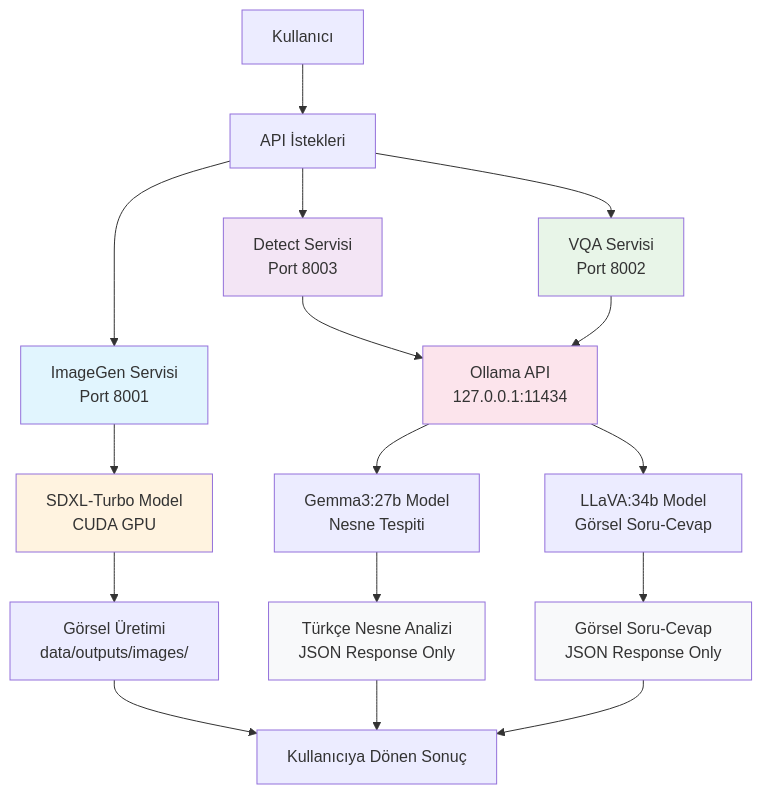
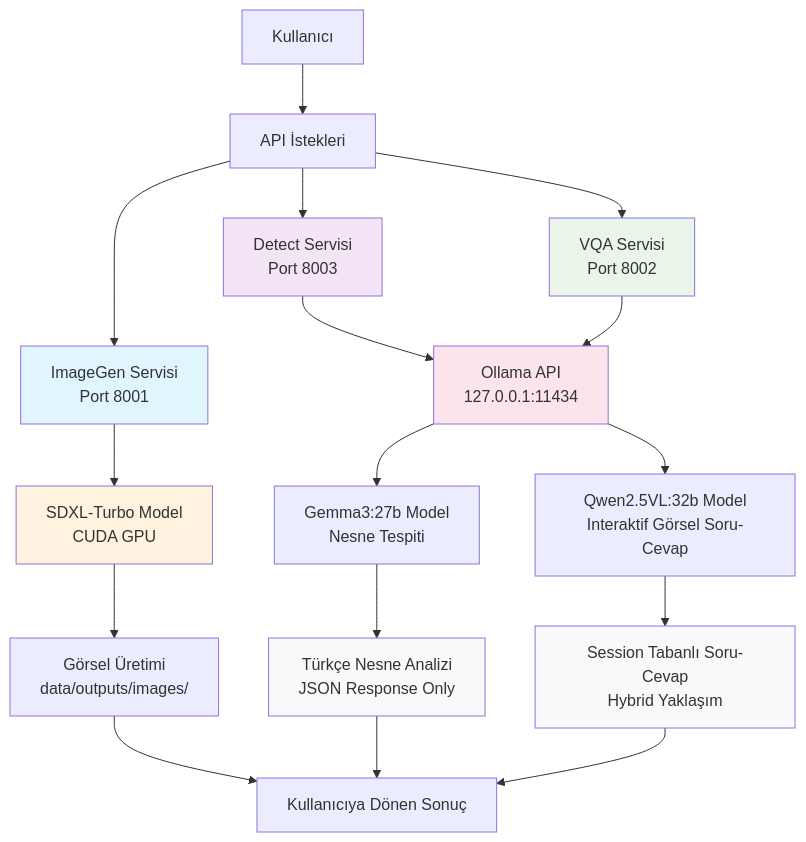
Before and after one commit to aeyeniay/ai_hub: the diagram in README.md, drawn with Mermaid. The commit also changed other lines of this file and 2 other files, not shown here.

First line of the commit message:
feat: Implement hybrid VQA service with Qwen2.5VL:32b

````diff
--- a/README.md
+++ b/README.md
@@ -149,32 +170,32 @@
 ```mermaid
 graph TB
     A[Kullanıcı] --> B[API İstekleri]
     
     B --> C[ImageGen Servisi<br/>Port 8001]
     B --> D[Detect Servisi<br/>Port 8003]
     B --> E[VQA Servisi<br/>Port 8002]
     
     C --> F[SDXL-Turbo Model<br/>CUDA GPU]
     F --> G[Görsel Üretimi<br/>data/outputs/images/]
     
     D --> H[Ollama API<br/>127.0.0.1:11434]
     E --> H
     
     H --> I[Gemma3:27b Model<br/>Nesne Tespiti]
-    H --> J[LLaVA:34b Model<br/>Görsel Soru-Cevap]
+    H --> J[Qwen2.5VL:32b Model<br/>Interaktif Görsel Soru-Cevap]
     
     I --> K[Türkçe Nesne Analizi<br/>JSON Response Only]
-    J --> L[Görsel Soru-Cevap<br/>JSON Response Only]
+    J --> L[Session Tabanlı Soru-Cevap<br/>Hybrid Yaklaşım]
     
     G --> M[Kullanıcıya Dönen Sonuç]
     K --> M
     L --> M
     
     style C fill:#e1f5fe
     style D fill:#f3e5f5
     style E fill:#e8f5e8
     style F fill:#fff3e0
     style H fill:#fce4ec
     style K fill:#f8f9fa
     style L fill:#f8f9fa
 ```
````
